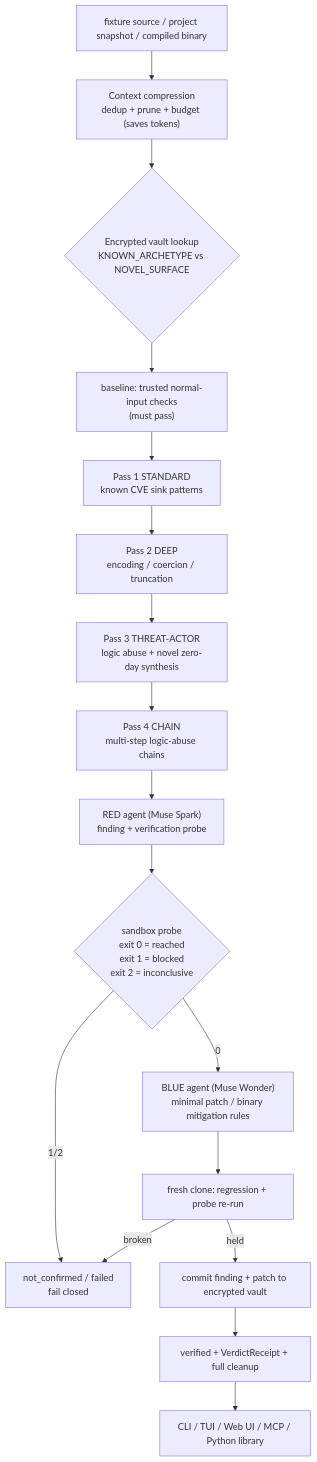
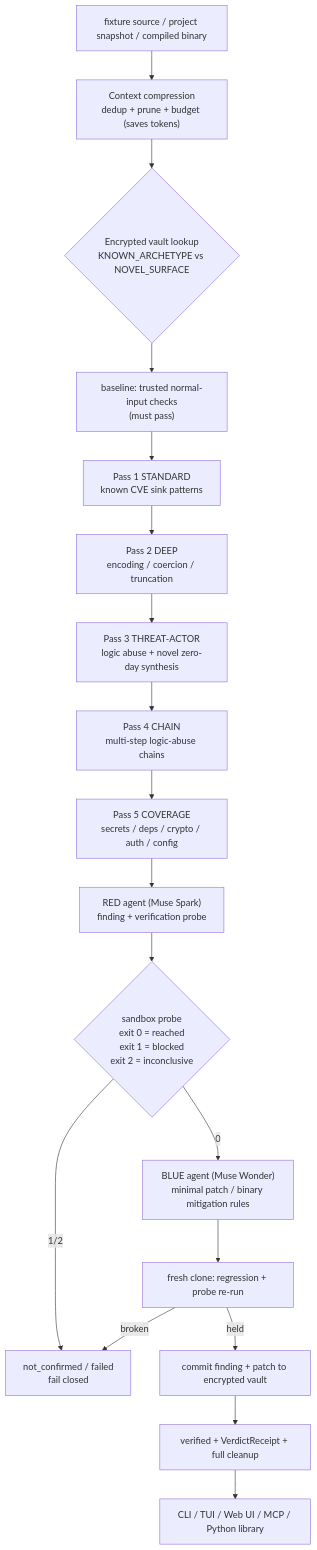
One commit to hackall360/Secure-Mitigation-System changed the first of 2 diagrams in README.md. Above: the diagram before and after it, drawn with Mermaid. The commit also changed other lines of this file and 1 other file, not shown here.

Commit message:
Q40 user docs: README + HOW_IT_WORKS 5-pass coverage (mermaid + sweep ladder)

````diff
--- a/README.md
+++ b/README.md
@@ -35,19 +37,20 @@
 ```mermaid
 flowchart TD
     SRC["fixture source / project snapshot / compiled binary"] --> CMP["Context compression<br/>dedup + prune + budget (saves tokens)"]
     CMP --> VLT{"Encrypted vault lookup<br/>KNOWN_ARCHETYPE vs NOVEL_SURFACE"}
     VLT --> BASE["baseline: trusted normal-input checks<br/>(must pass)"]
     BASE --> P1["Pass 1 STANDARD<br/>known CVE sink patterns"]
     P1 --> P2["Pass 2 DEEP<br/>encoding / coercion / truncation"]
     P2 --> P3["Pass 3 THREAT-ACTOR<br/>logic abuse + novel zero-day synthesis"]
     P3 --> P4["Pass 4 CHAIN<br/>multi-step logic-abuse chains"]
-    P4 --> RED["RED agent (Muse Spark)<br/>finding + verification probe"]
+    P4 --> P5["Pass 5 COVERAGE<br/>secrets / deps / crypto / auth / config"]
+    P5 --> RED["RED agent (Muse Spark)<br/>finding + verification probe"]
     RED --> PROBE{"sandbox probe<br/>exit 0 = reached<br/>exit 1 = blocked<br/>exit 2 = inconclusive"}
     PROBE -- 0 --> BLUE["BLUE agent (Muse Wonder)<br/>minimal patch / binary mitigation rules"]
     PROBE -- 1/2 --> FAIL["not_confirmed / failed<br/>fail closed"]
     BLUE --> REG["fresh clone: regression + probe re-run"]
     REG -- "held" --> COM["commit finding + patch to encrypted vault"]
     COM --> VERIFIED["verified + VerdictReceipt + full cleanup"]
     REG -- "broken" --> FAIL
     VERIFIED --> SURF["CLI / TUI / Web UI / MCP / Python library"]
 ```
````
